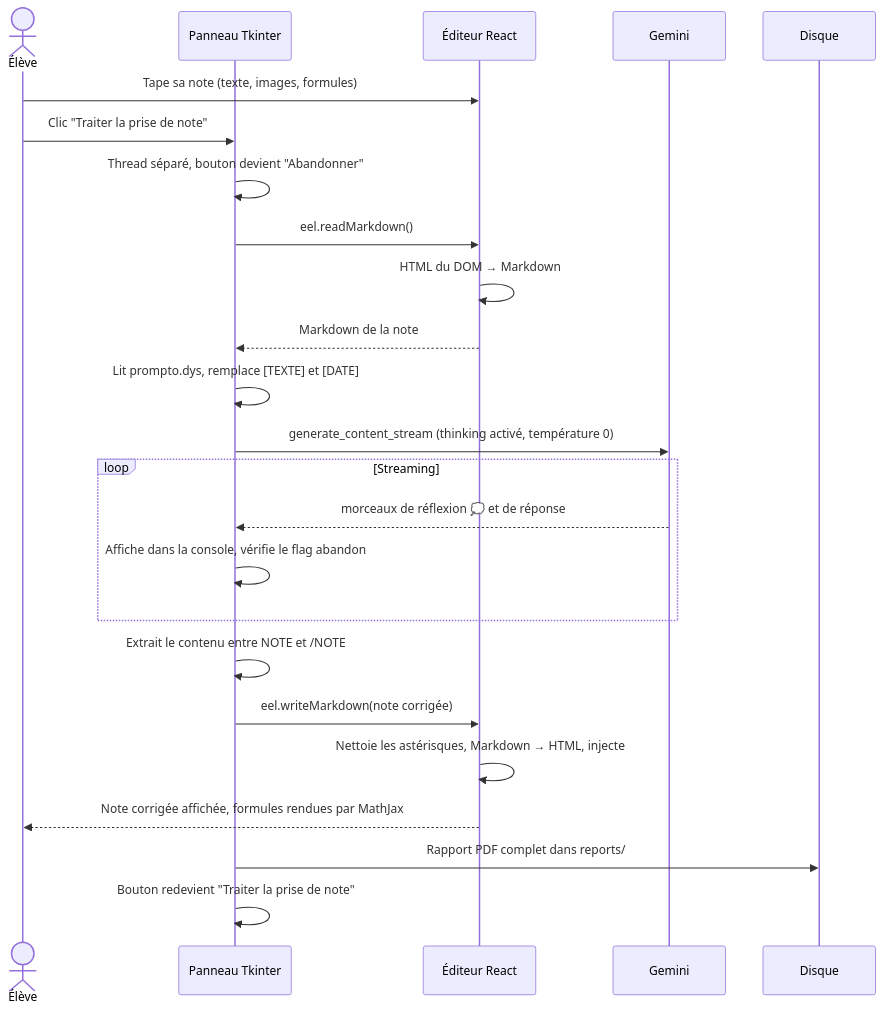
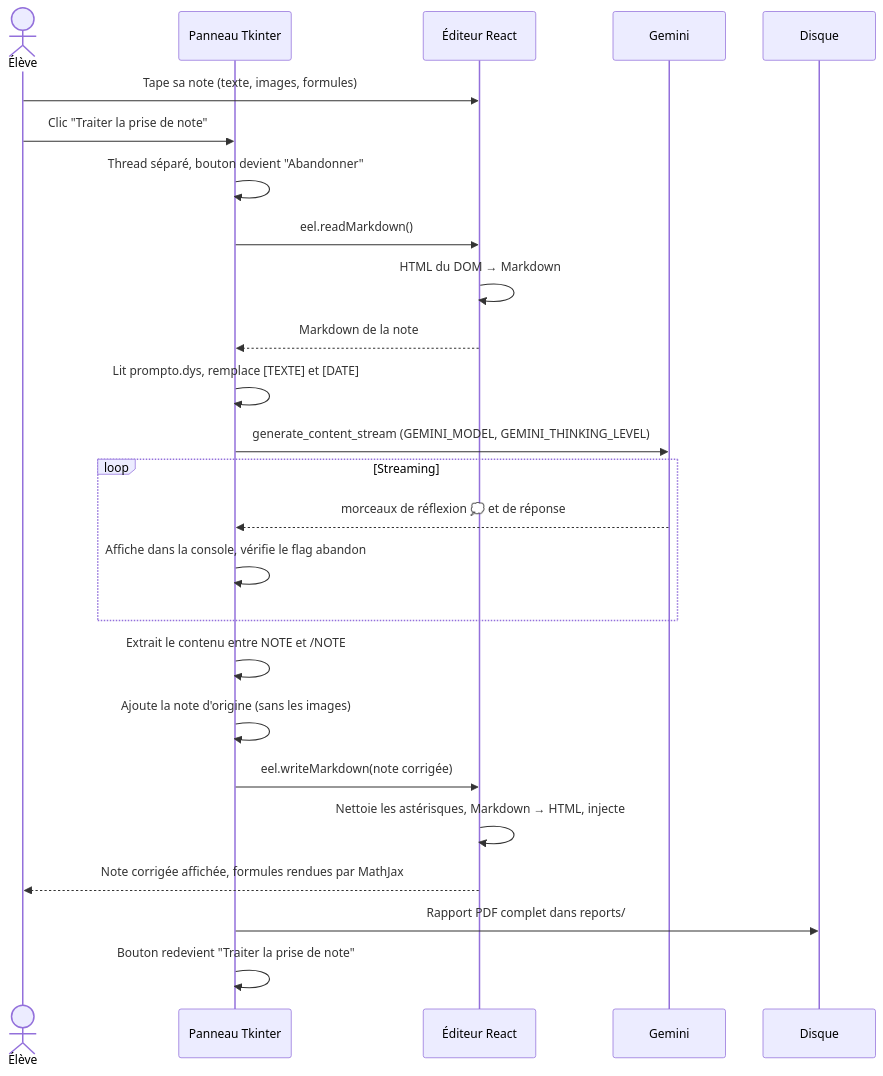
One commit to lecinquiemejour-code/PromptoDYS_app changed the third of 5 diagrams in doc/ARCHITECTURE.md. Above: the diagram before and after it, drawn with Mermaid. The commit also changed other lines of this file and 3 other files, not shown here.

````diff
--- a/doc/ARCHITECTURE.md
+++ b/doc/ARCHITECTURE.md
@@ -142,27 +142,28 @@
 ```mermaid
 sequenceDiagram
     actor U as Élève
     participant TK as Panneau Tkinter
     participant R as Éditeur React
     participant G as Gemini
     participant D as Disque
 
     U->>R: Tape sa note (texte, images, formules)
     U->>TK: Clic "Traiter la prise de note"
     TK->>TK: Thread séparé, bouton devient "Abandonner"
     TK->>R: eel.readMarkdown()
     R->>R: HTML du DOM → Markdown
     R-->>TK: Markdown de la note
     TK->>TK: Lit prompto.dys, remplace [TEXTE] et [DATE]
-    TK->>G: generate_content_stream (thinking activé, température 0)
+    TK->>G: generate_content_stream (GEMINI_MODEL, GEMINI_THINKING_LEVEL)
     loop Streaming
         G-->>TK: morceaux de réflexion 💭 et de réponse
         TK->>TK: Affiche dans la console, vérifie le flag abandon
     end
     TK->>TK: Extrait le contenu entre NOTE et /NOTE
+    TK->>TK: Ajoute la note d'origine (sans les images)
     TK->>R: eel.writeMarkdown(note corrigée)
     R->>R: Nettoie les astérisques, Markdown → HTML, injecte
     R-->>U: Note corrigée affichée, formules rendues par MathJax
     TK->>D: Rapport PDF complet dans reports/
     TK->>TK: Bouton redevient "Traiter la prise de note"
 ```
````
